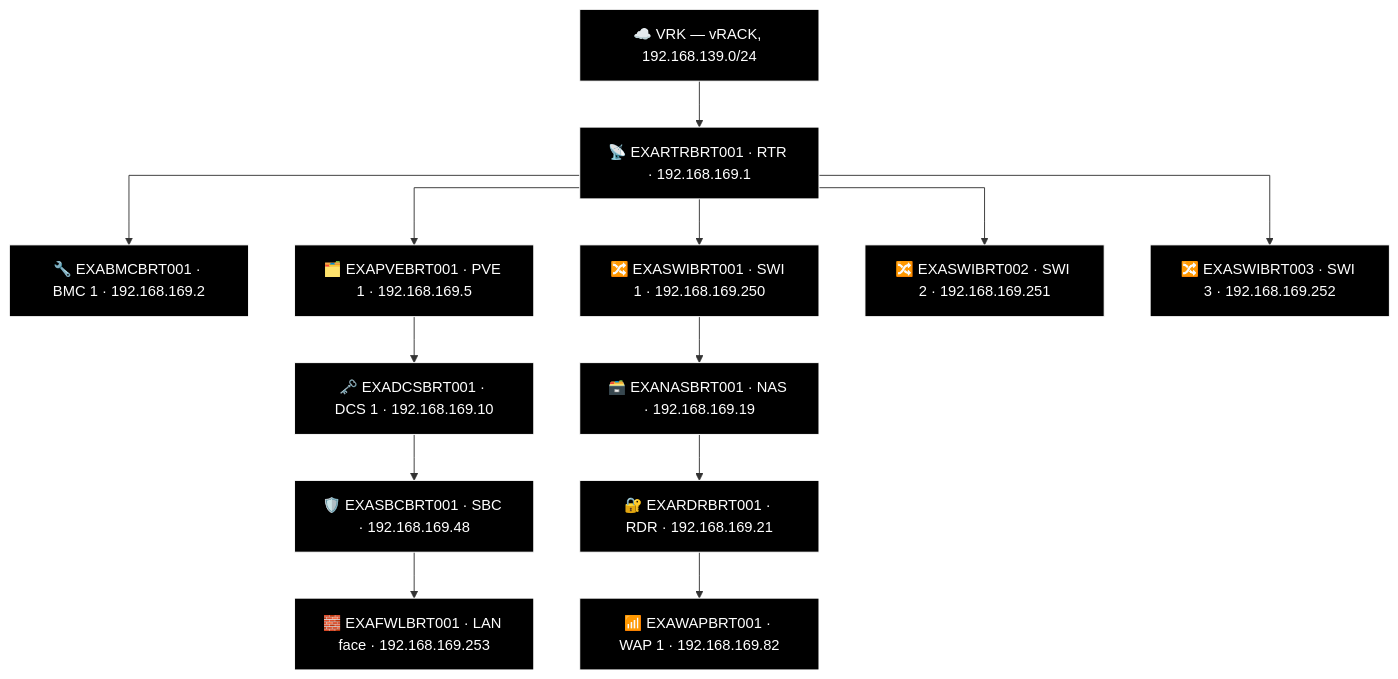
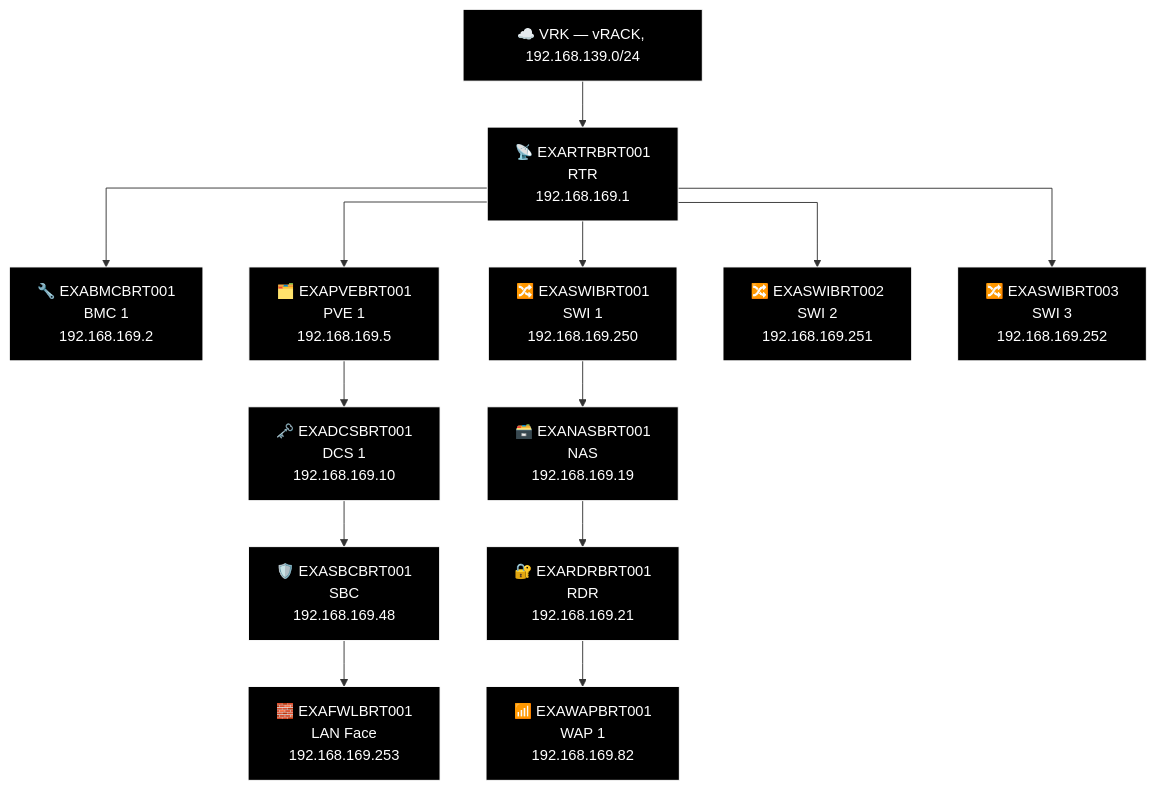
One commit to knightmare2600/example_music_infra changed the second of 2 diagrams in docs/network-diagram/lebanon.md. Above: the diagram before and after it, drawn with Mermaid. The commit also changed 18 other files, not shown here.

````diff
--- a/docs/network-diagram/lebanon.md
+++ b/docs/network-diagram/lebanon.md
@@ -42,40 +42,40 @@
 ```mermaid
 %% GENERATED:TOPOLOGY:BRT:START
 %%{init: {'flowchart': {'curve': 'stepAfter'}}}%%
 graph TD
     T_VRK["☁️ VRK — vRACK, 192.168.139.0/24"]
-    T_RTR["📡 EXARTRBRT001 · RTR · 192.168.169.1"]
+    T_RTR["📡 EXARTRBRT001<br/>RTR<br/>192.168.169.1"]
     T_VRK --> T_RTR
-    T_BMC["🔧 EXABMCBRT001 · BMC 1 · 192.168.169.2"]
+    T_BMC["🔧 EXABMCBRT001<br/>BMC 1<br/>192.168.169.2"]
     T_RTR --> T_BMC
-    T_PVE["🗂️ EXAPVEBRT001 · PVE 1 · 192.168.169.5"]
+    T_PVE["🗂️ EXAPVEBRT001<br/>PVE 1<br/>192.168.169.5"]
     T_RTR --> T_PVE
-    T_SWI["🔀 EXASWIBRT001 · SWI 1 · 192.168.169.250"]
+    T_SWI["🔀 EXASWIBRT001<br/>SWI 1<br/>192.168.169.250"]
     T_RTR --> T_SWI
-    T_SWI2["🔀 EXASWIBRT002 · SWI 2 · 192.168.169.251"]
+    T_SWI2["🔀 EXASWIBRT002<br/>SWI 2<br/>192.168.169.251"]
     T_RTR --> T_SWI2
-    T_SWI3["🔀 EXASWIBRT003 · SWI 3 · 192.168.169.252"]
+    T_SWI3["🔀 EXASWIBRT003<br/>SWI 3<br/>192.168.169.252"]
     T_RTR --> T_SWI3
-    T_NAS["🗃️ EXANASBRT001 · NAS · 192.168.169.19"]
-    T_RDR["🔐 EXARDRBRT001 · RDR · 192.168.169.21"]
-    T_WAP["📶 EXAWAPBRT001 · WAP 1 · 192.168.169.82"]
+    T_NAS["🗃️ EXANASBRT001<br/>NAS<br/>192.168.169.19"]
+    T_RDR["🔐 EXARDRBRT001<br/>RDR<br/>192.168.169.21"]
+    T_WAP["📶 EXAWAPBRT001<br/>WAP 1<br/>192.168.169.82"]
     T_SWI --> T_NAS --> T_RDR --> T_WAP
-    T_DCS["🗝️ EXADCSBRT001 · DCS 1 · 192.168.169.10"]
-    T_SBC["🛡️ EXASBCBRT001 · SBC · 192.168.169.48"]
-    T_FWL["🧱 EXAFWLBRT001 · LAN face · 192.168.169.253"]
+    T_DCS["🗝️ EXADCSBRT001<br/>DCS 1<br/>192.168.169.10"]
+    T_SBC["🛡️ EXASBCBRT001<br/>SBC<br/>192.168.169.48"]
+    T_FWL["🧱 EXAFWLBRT001<br/>LAN Face<br/>192.168.169.253"]
     T_PVE --> T_DCS --> T_SBC --> T_FWL
     style T_VRK fill:#000000,stroke:#FFFFFF,color:#FFFFFF
     style T_RTR fill:#000000,stroke:#FFFFFF,color:#FFFFFF
     style T_BMC fill:#000000,stroke:#FFFFFF,color:#FFFFFF
     style T_PVE fill:#000000,stroke:#FFFFFF,color:#FFFFFF
     style T_SWI fill:#000000,stroke:#FFFFFF,color:#FFFFFF
     style T_SWI2 fill:#000000,stroke:#FFFFFF,color:#FFFFFF
     style T_SWI3 fill:#000000,stroke:#FFFFFF,color:#FFFFFF
     style T_NAS fill:#000000,stroke:#FFFFFF,color:#FFFFFF
     style T_RDR fill:#000000,stroke:#FFFFFF,color:#FFFFFF
     style T_WAP fill:#000000,stroke:#FFFFFF,color:#FFFFFF
     style T_DCS fill:#000000,stroke:#FFFFFF,color:#FFFFFF
     style T_SBC fill:#000000,stroke:#FFFFFF,color:#FFFFFF
     style T_FWL fill:#000000,stroke:#FFFFFF,color:#FFFFFF
 %% GENERATED:TOPOLOGY:BRT:END
 ```
````
